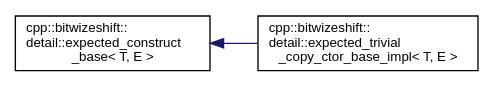
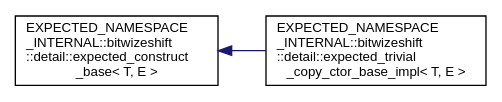
The diagram in api/latest/inherit_graph_5.dot (bitwizeshift/result), drawn with Graphviz before and after one commit. The commit also changed 399 other files, not shown here.

```diff
--- a/api/latest/inherit_graph_5.dot
+++ b/api/latest/inherit_graph_5.dot
@@ -1,9 +1,9 @@
 digraph "Graphical Class Hierarchy"
 {
   edge [fontname="Helvetica",fontsize="10",labelfontname="Helvetica",labelfontsize="10"];
   node [fontname="Helvetica",fontsize="10",shape=record];
   rankdir="LR";
-  Node0 [label="cpp::bitwizeshift::\ldetail::expected_construct\l_base\< T, E \>",height=0.2,width=0.4,color="black", fillcolor="white", style="filled",URL="$d1/d78/structcpp_1_1bitwizeshift_1_1detail_1_1expected__construct__base.html",tooltip="Base class of assignment to enable construction and assignment. "];
+  Node0 [label="EXPECTED_NAMESPACE\l_INTERNAL::bitwizeshift\l::detail::expected_construct\l_base\< T, E \>",height=0.2,width=0.4,color="black", fillcolor="white", style="filled",URL="$dc/d0b/struct_e_x_p_e_c_t_e_d___n_a_m_e_s_p_a_c_e___i_n_t_e_r_n_a_l_1_1bitwizeshift_1_1detail_1_1expected__construct__base.html",tooltip="Base class of assignment to enable construction and assignment. "];
   Node0 -> Node1 [dir="back",color="midnightblue",fontsize="10",style="solid",fontname="Helvetica"];
-  Node1 [label="cpp::bitwizeshift::\ldetail::expected_trivial\l_copy_ctor_base_impl\< T, E \>",height=0.2,width=0.4,color="black", fillcolor="white", style="filled",URL="$dd/d00/structcpp_1_1bitwizeshift_1_1detail_1_1expected__trivial__copy__ctor__base__impl.html"];
+  Node1 [label="EXPECTED_NAMESPACE\l_INTERNAL::bitwizeshift\l::detail::expected_trivial\l_copy_ctor_base_impl\< T, E \>",height=0.2,width=0.4,color="black", fillcolor="white", style="filled",URL="$dd/d61/struct_e_x_p_e_c_t_e_d___n_a_m_e_s_p_a_c_e___i_n_t_e_r_n_a_l_1_1bitwizeshift_1_1detail_1_1expect2f4b93f0a0dfebfe969aa064c70b44dc.html"];
 }
```
